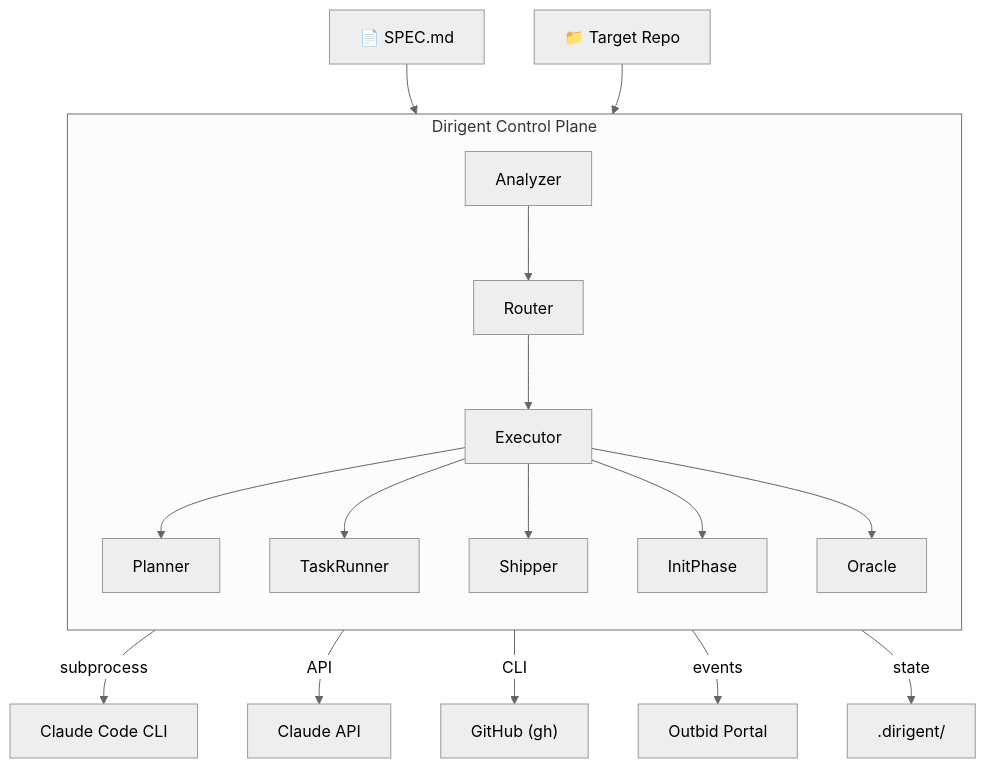
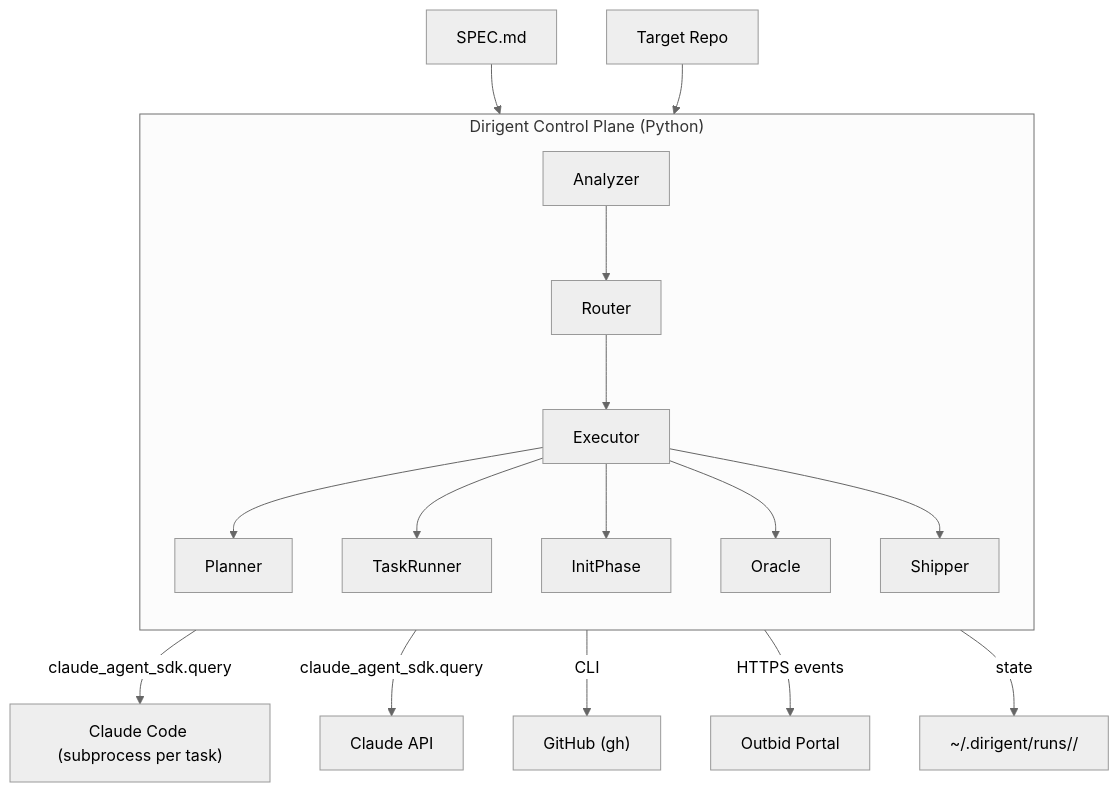
One commit to BIDEquity/outbid-dirigent changed the first of 6 diagrams in ARCHITECTURE.md. Above: the diagram before and after it, drawn with Mermaid (neutral theme). The commit also changed other lines of this file, not shown here.

First line of the commit message:
docs: regenerate ARCHITECTURE.md via /generate-architecture --update

````diff
--- a/ARCHITECTURE.md
+++ b/ARCHITECTURE.md
@@ -7,22 +5,22 @@
 ```mermaid
 graph TB
-    SPEC["📄 SPEC.md"] --> DIRIGENT
-    REPO["📁 Target Repo"] --> DIRIGENT
+    SPEC["SPEC.md"] --> DIRIGENT
+    REPO["Target Repo"] --> DIRIGENT
 
-    subgraph DIRIGENT["Dirigent Control Plane"]
+    subgraph DIRIGENT["Dirigent Control Plane (Python)"]
         direction TB
         AN[Analyzer] --> RT[Router]
         RT --> EX[Executor]
         EX --> PL[Planner]
         EX --> TR[TaskRunner]
-        EX --> SH[Shipper]
         EX --> IP[InitPhase]
         EX --> OR[Oracle]
+        EX --> SH[Shipper]
     end
 
-    TR -->|subprocess| CC["Claude Code CLI"]
-    OR -->|API| CLAUDE["Claude API"]
+    TR -->|claude_agent_sdk.query| CC["Claude Code (subprocess per task)"]
+    OR -->|claude_agent_sdk.query| CLAUDE["Claude API"]
     SH -->|CLI| GH["GitHub (gh)"]
-    EX -->|events| PORTAL["Outbid Portal"]
-    EX -->|state| STATE[".dirigent/"]
+    EX -->|HTTPS events| PORTAL["Outbid Portal"]
+    EX -->|state| STATE["~/.dirigent/runs/<id>/"]
 ```
````
